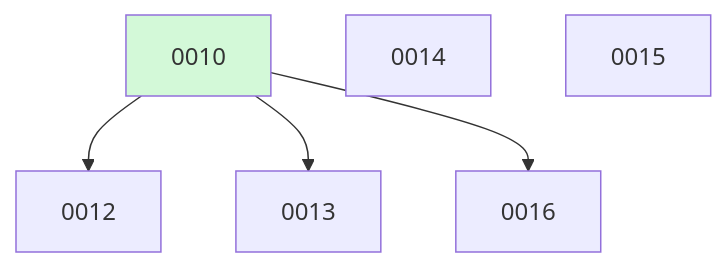
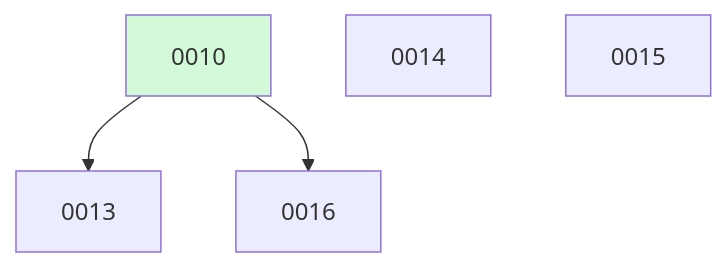
One commit to ethanhinson/llm-research-agent changed the diagram in docs/changes/BOARD.md. Above: the diagram before and after it, drawn with Mermaid. The commit also changed other lines of this file, not shown here.

````diff
--- a/docs/changes/BOARD.md
+++ b/docs/changes/BOARD.md
@@ -20,10 +14,9 @@
 ```mermaid
 graph TD
-  0010 --> 0012
   0010 --> 0013
   0014
   0015
   0010 --> 0016
   0010:::done
   classDef done fill:#d3f9d8;
 ```
````
